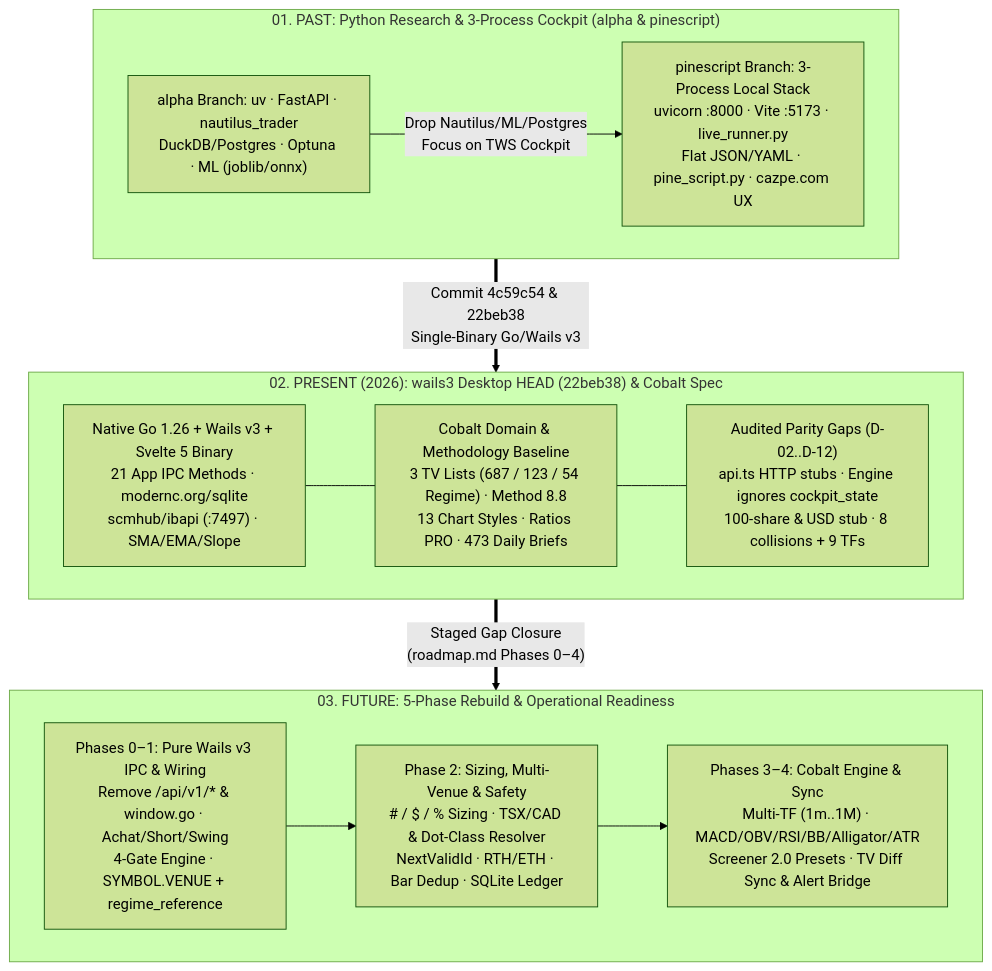
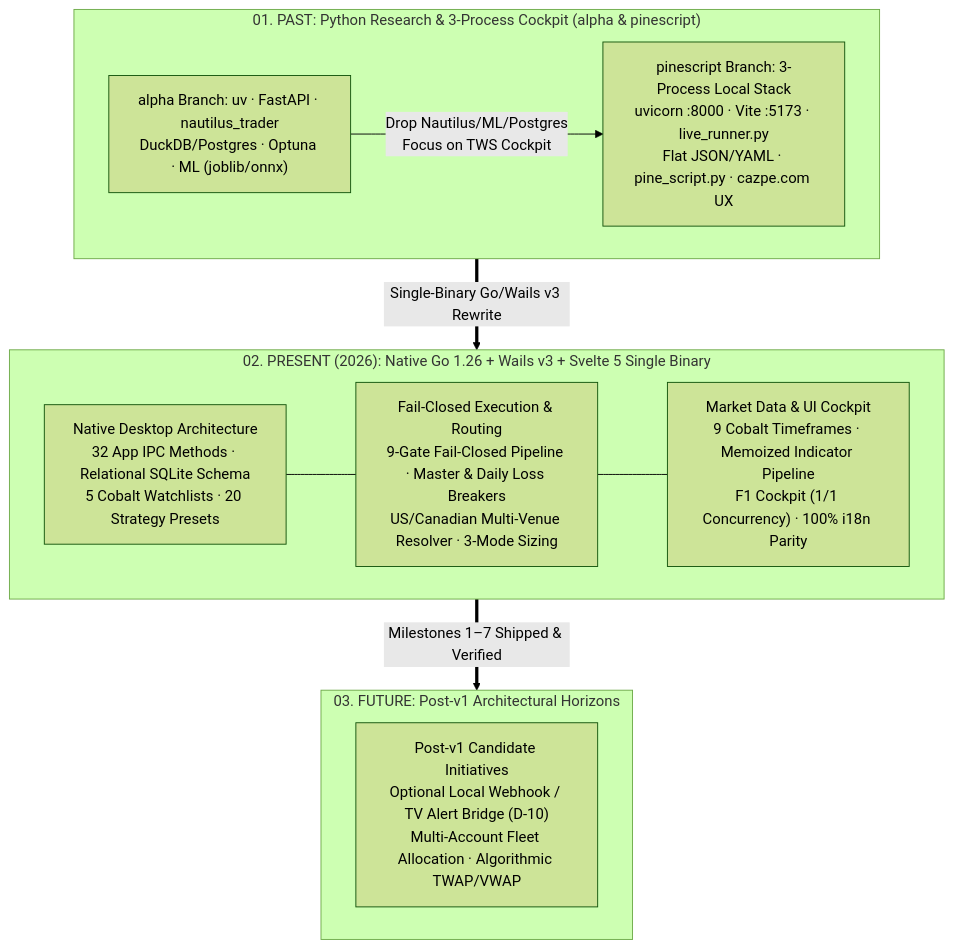
The diagram in okf/00_index.md (Boostao/tws_tradingbot), drawn with Mermaid (forest theme) before and after one commit. The commit also changed other lines of this file and 94 other files, not shown here.

First line of the commit message:
feat: complete Cobalt F1 Cockpit transformation, OKF curation, and live IBKR paper gate

````diff
--- a/okf/00_index.md
+++ b/okf/00_index.md
@@ -28,25 +28,22 @@
 ```mermaid
 flowchart TB
     subgraph Past["01. PAST: Python Research & 3-Process Cockpit (alpha & pinescript)"]
         P1["alpha Branch: uv · FastAPI · nautilus_trader<br/>DuckDB/Postgres · Optuna · ML (joblib/onnx)"]
         P2["pinescript Branch: 3-Process Local Stack<br/>uvicorn :8000 · Vite :5173 · live_runner.py<br/>Flat JSON/YAML · pine_script.py · cazpe.com UX"]
         P1 -->|"Drop Nautilus/ML/Postgres<br/>Focus on TWS Cockpit"| P2
     end
 
-    subgraph Present["02. PRESENT (2026): wails3 Desktop HEAD (22beb38) & Cobalt Spec"]
-        C1["Native Go 1.26 + Wails v3 + Svelte 5 Binary<br/>21 App IPC Methods · modernc.org/sqlite<br/>scmhub/ibapi (:7497) · SMA/EMA/Slope"]
-        C2["Cobalt Domain & Methodology Baseline<br/>3 TV Lists (687 / 123 / 54 Regime) · Method 8.8<br/>13 Chart Styles · Ratios PRO · 473 Daily Briefs"]
-        C3["Audited Parity Gaps (D-02..D-12)<br/>api.ts HTTP stubs · Engine ignores cockpit_state<br/>100-share & USD stub · 8 collisions + 9 TFs"]
+    subgraph Present["02. PRESENT (2026): Native Go 1.26 + Wails v3 + Svelte 5 Single Binary"]
+        C1["Native Desktop Architecture<br/>32 App IPC Methods · Relational SQLite Schema<br/>5 Cobalt Watchlists · 20 Strategy Presets"]
+        C2["Fail-Closed Execution & Routing<br/>9-Gate Fail-Closed Pipeline · Master & Daily Loss Breakers<br/>US/Canadian Multi-Venue Resolver · 3-Mode Sizing"]
+        C3["Market Data & UI Cockpit<br/>9 Cobalt Timeframes · Memoized Indicator Pipeline<br/>F1 Cockpit (1/1 Concurrency) · 100% i18n Parity"]
         C1 --- C2 --- C3
     end
 
-    subgraph Future["03. FUTURE: 5-Phase Rebuild & Operational Readiness"]
-        F1["Phases 0–1: Pure Wails v3 IPC & Wiring<br/>Remove /api/v1/* & window.go · Achat/Short/Swing<br/>4-Gate Engine · SYMBOL.VENUE + regime_reference"]
-        F2["Phase 2: Sizing, Multi-Venue & Safety<br/># / $ / % Sizing · TSX/CAD & Dot-Class Resolver<br/>NextValidId · RTH/ETH · Bar Dedup · SQLite Ledger"]
-        F3["Phases 3–4: Cobalt Engine & Sync<br/>Multi-TF (1m..1M) · MACD/OBV/RSI/BB/Alligator/ATR<br/>Screener 2.0 Presets · TV Diff Sync & Alert Bridge"]
-        F1 --> F2 --> F3
+    subgraph Future["03. FUTURE: Post-v1 Architectural Horizons"]
+        F1["Post-v1 Candidate Initiatives<br/>Optional Local Webhook / TV Alert Bridge (D-10)<br/>Multi-Account Fleet Allocation · Algorithmic TWAP/VWAP"]
     end
 
-    Past ==>|"Commit 4c59c54 & 22beb38<br/>Single-Binary Go/Wails v3"| Present
-    Present ==>|"Staged Gap Closure<br/>(roadmap.md Phases 0–4)"| Future
+    Past ==>|"Single-Binary Go/Wails v3 Rewrite"| Present
+    Present ==>|"Milestones 1–7 Shipped & Verified"| Future
 ```
````
